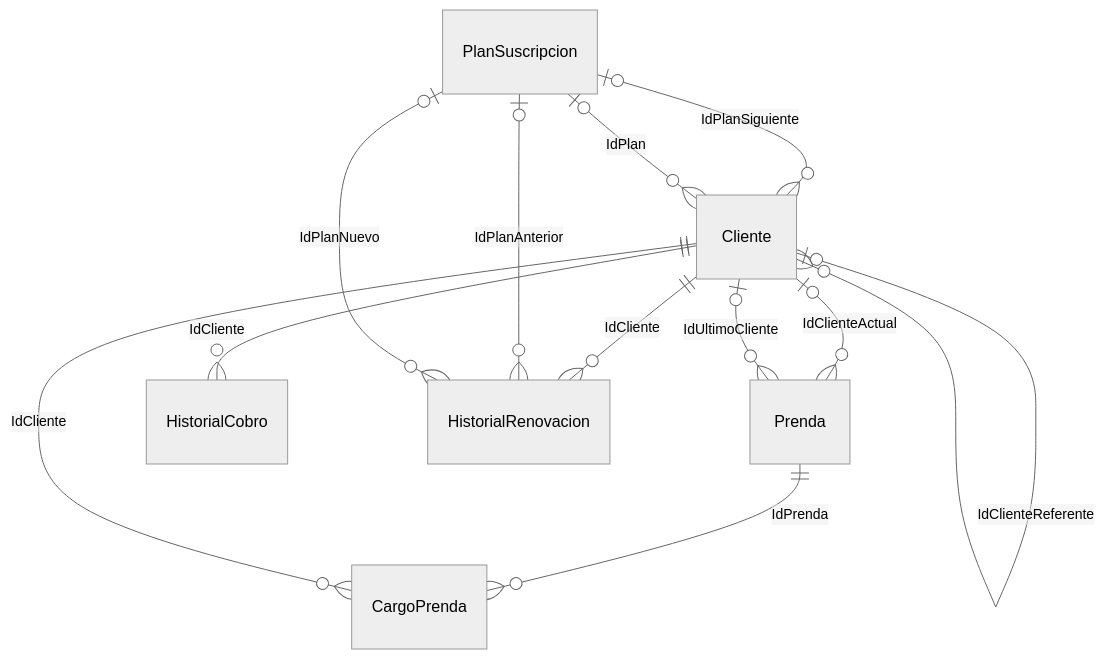
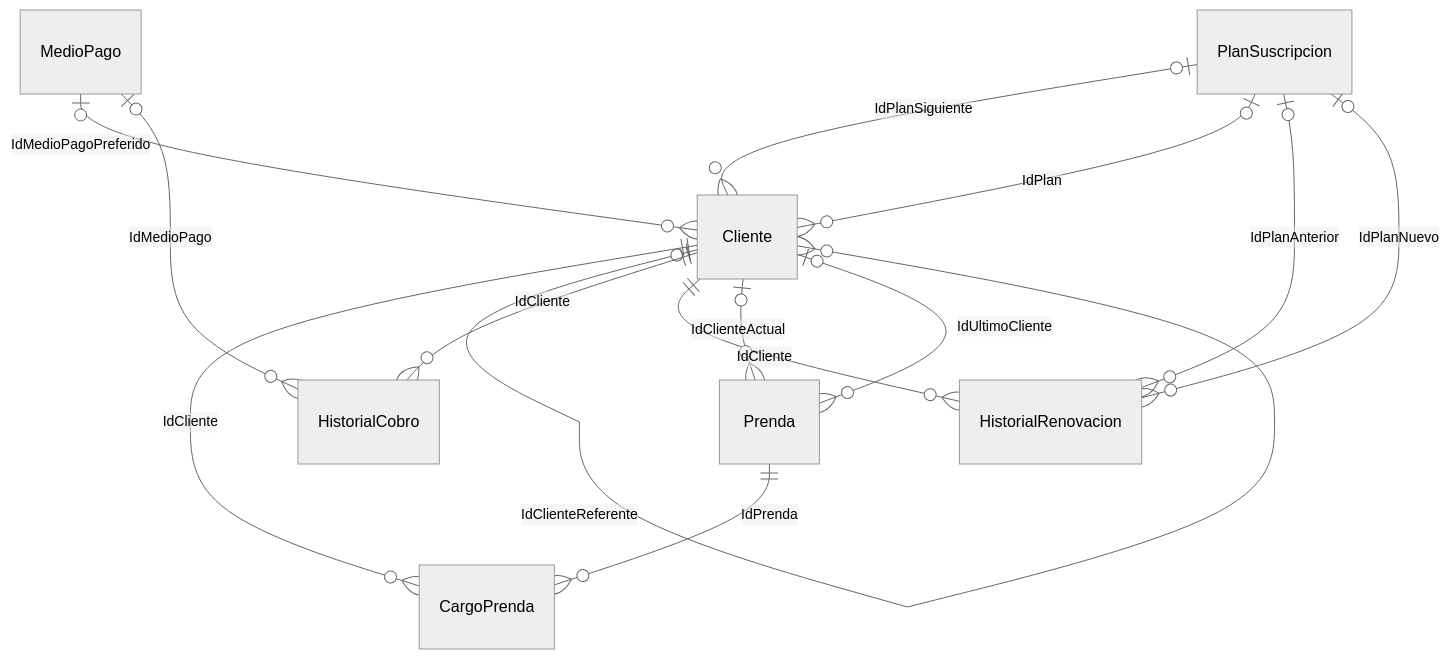
One commit to valentinamorana/Trabajo-de-Diploma changed the diagram in docs/diagramas/mermaid/MC_n01_clientes_suscripciones.mmd. Above: the diagram before and after it, drawn with Mermaid (neutral theme). The commit also changed 85 other files, not shown here.

```diff
--- a/docs/diagramas/mermaid/MC_n01_clientes_suscripciones.mmd
+++ b/docs/diagramas/mermaid/MC_n01_clientes_suscripciones.mmd
@@ -1,18 +1,21 @@
 erDiagram
   Prenda ||--o{ CargoPrenda : "IdPrenda"
   Cliente ||--o{ CargoPrenda : "IdCliente"
   Cliente |o--o{ Cliente : "IdClienteReferente"
+  MedioPago |o--o{ Cliente : "IdMedioPagoPreferido"
   PlanSuscripcion |o--o{ Cliente : "IdPlanSiguiente"
   PlanSuscripcion |o--o{ Cliente : "IdPlan"
   Cliente ||--o{ HistorialCobro : "IdCliente"
+  MedioPago |o--o{ HistorialCobro : "IdMedioPago"
   Cliente ||--o{ HistorialRenovacion : "IdCliente"
   PlanSuscripcion |o--o{ HistorialRenovacion : "IdPlanAnterior"
   PlanSuscripcion |o--o{ HistorialRenovacion : "IdPlanNuevo"
   Cliente |o--o{ Prenda : "IdClienteActual"
   Cliente |o--o{ Prenda : "IdUltimoCliente"
   PlanSuscripcion
   Cliente
+  MedioPago
   HistorialRenovacion
   HistorialCobro
   CargoPrenda
   Prenda
```
